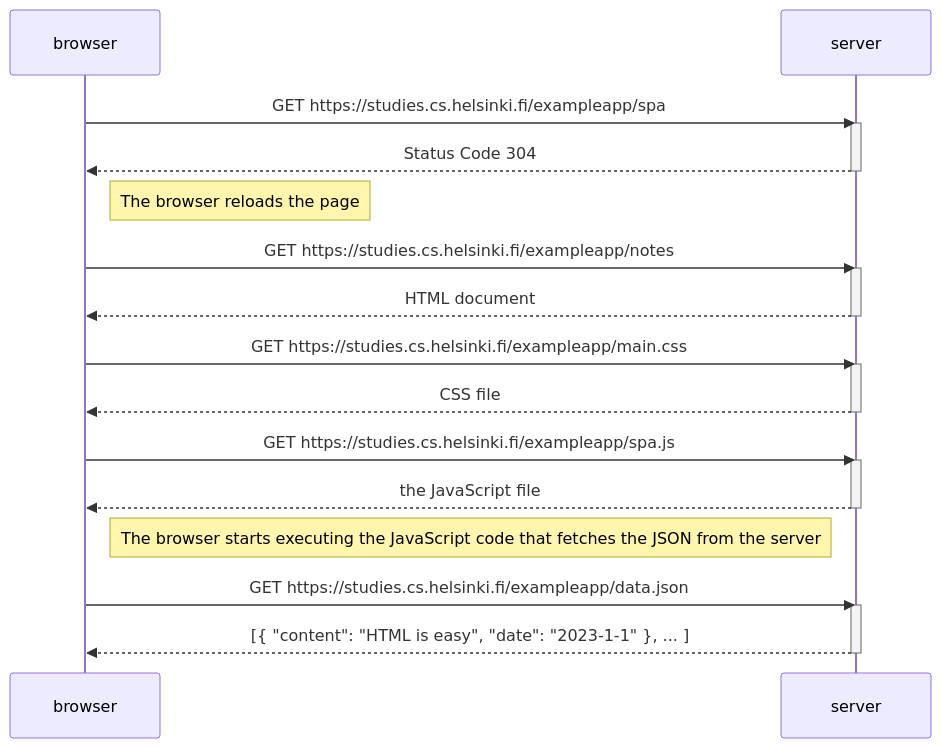
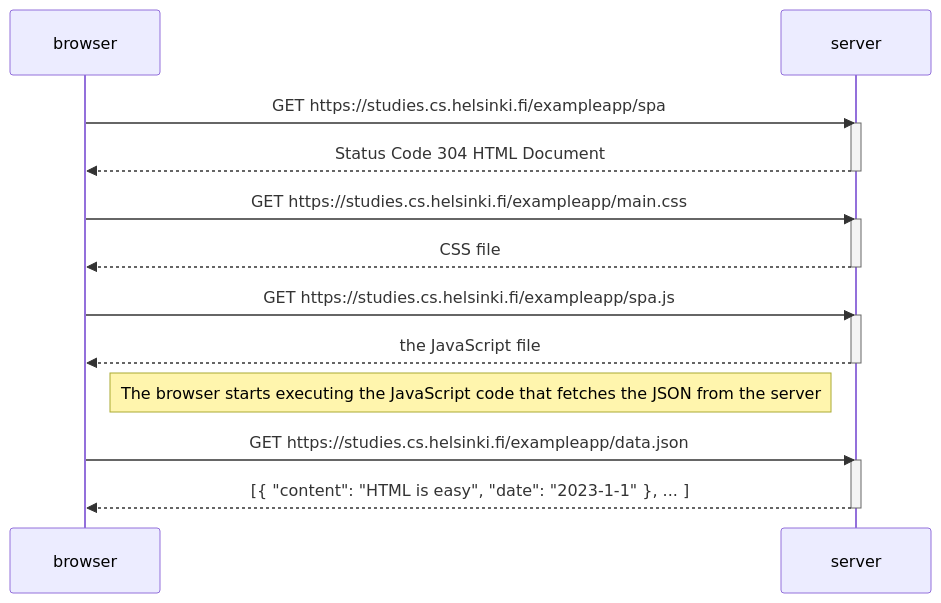
One commit to PmS-crypto/fullstackopen changed the diagram in part0/sequence diagrams/spaDiagram.md. Above: the diagram before and after it, drawn with Mermaid.

Commit message:
Updated spaDiagram

````diff
--- a/part0/sequence diagrams/spaDiagram.md
+++ b/part0/sequence diagrams/spaDiagram.md
@@ -1,35 +1,27 @@
 ```mermaid
 sequenceDiagram
     participant browser
     participant server
     
     browser->>server: GET https://studies.cs.helsinki.fi/exampleapp/spa
     activate server
-    server-->>browser: Status Code 304
-    deactivate server
-
-    Note right of browser: The browser reloads the page
-
-    
-    browser->>server: GET https://studies.cs.helsinki.fi/exampleapp/notes
-    activate server
-    server-->>browser: HTML document
+    server-->>browser: Status Code 304 HTML Document
     deactivate server
 
     browser->>server: GET https://studies.cs.helsinki.fi/exampleapp/main.css
     activate server
     server-->>browser: CSS file
     deactivate server
     
     browser->>server: GET https://studies.cs.helsinki.fi/exampleapp/spa.js
     activate server
     server-->>browser: the JavaScript file
     deactivate server
     
     Note right of browser: The browser starts executing the JavaScript code that fetches the JSON from the server
     
     browser->>server: GET https://studies.cs.helsinki.fi/exampleapp/data.json
     activate server
     server-->>browser: [{ "content": "HTML is easy", "date": "2023-1-1" }, ... ]
     deactivate server
 ```
````
